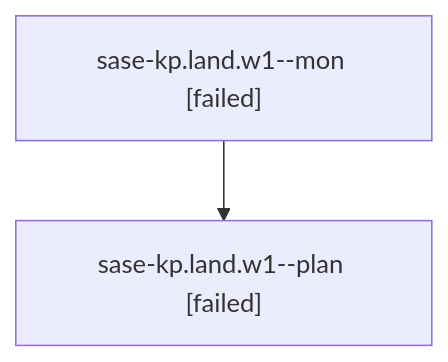
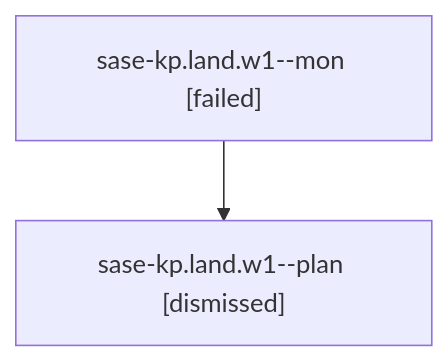
One commit to sase-org/sase--agents changed the diagram in families/bbugyi200.athena.sase-kp.land.w1.md. Above: the diagram before and after it, drawn with Mermaid. The commit also changed other lines of this file and 1178 other files, not shown here.

````diff
--- a/families/bbugyi200.athena.sase-kp.land.w1.md
+++ b/families/bbugyi200.athena.sase-kp.land.w1.md
@@ -9,6 +9,6 @@
 ```mermaid
 flowchart TD
   n0["sase-kp.land.w1--mon [failed]"]
-  n1["sase-kp.land.w1--plan [failed]"]
+  n1["sase-kp.land.w1--plan [dismissed]"]
   n0 --> n1
 ```
````
